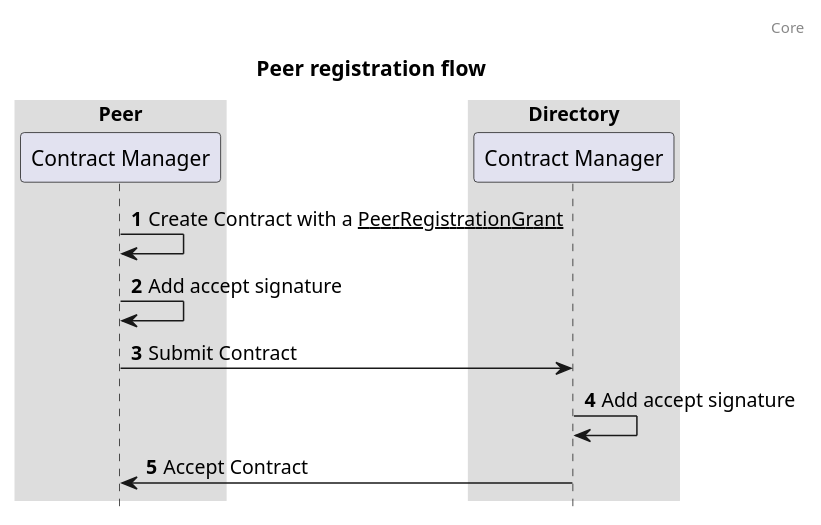
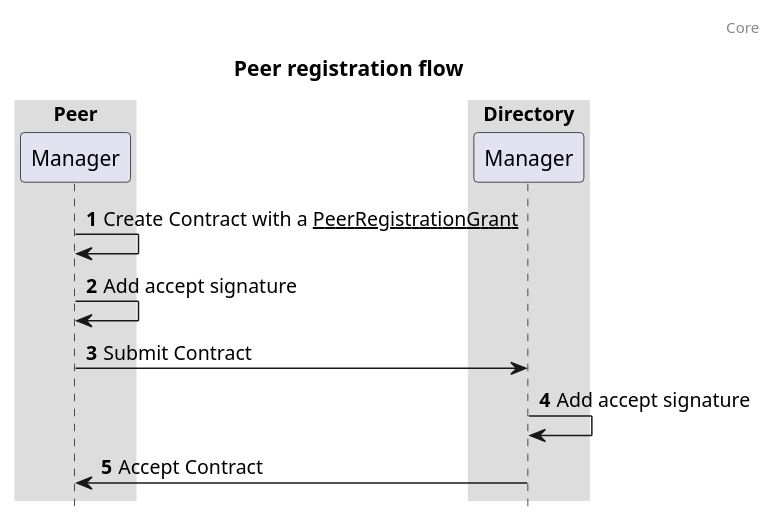
One commit to Logius-standaarden/fsc-core changed the diagram in diagrams/seq-registering-a-peer.puml. Above: the diagram before and after it, drawn with PlantUML. The commit also changed 6 other files, not shown here.

Commit message:
replace contract manager with manager

```diff
--- a/diagrams/seq-registering-a-peer.puml
+++ b/diagrams/seq-registering-a-peer.puml
@@ -1,23 +1,23 @@
 @startuml
 
 autonumber
 header: Core
 title: Peer registration flow
 
 box "Peer"
-  participant "Contract Manager" as contractManagerPeer
+  participant "Manager" as managerPeer
 end box
 box "Directory"
-  participant "Contract Manager" as contractManagerDirectory
+  participant "Manager" as managerDirectory
 end box
 
-contractManagerPeer -> contractManagerPeer: Create Contract with a __PeerRegistrationGrant__
-contractManagerPeer -> contractManagerPeer: Add accept signature
-contractManagerPeer -> contractManagerDirectory: Submit Contract
-contractManagerDirectory -> contractManagerDirectory: Add accept signature
-contractManagerDirectory -> contractManagerPeer: Accept Contract
+managerPeer -> managerPeer: Create Contract with a __PeerRegistrationGrant__
+managerPeer -> managerPeer: Add accept signature
+managerPeer -> managerDirectory: Submit Contract
+managerDirectory -> managerDirectory: Add accept signature
+managerDirectory -> managerPeer: Accept Contract
 
 skinparam sequenceBoxBorderColor #transparent
 skinparam boxPadding 50
 hide footbox
 @enduml
```
